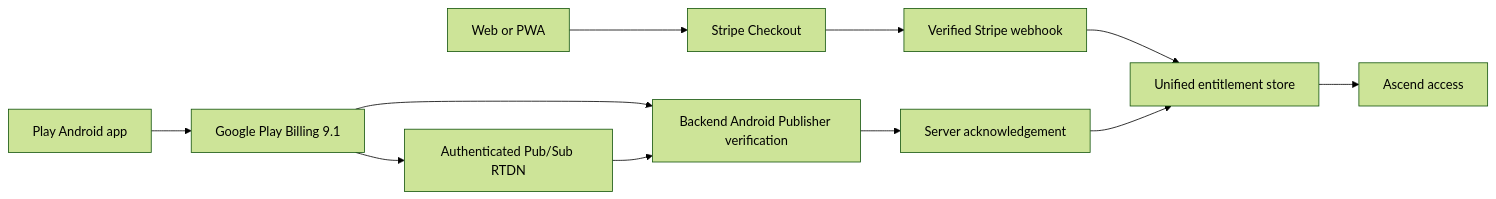
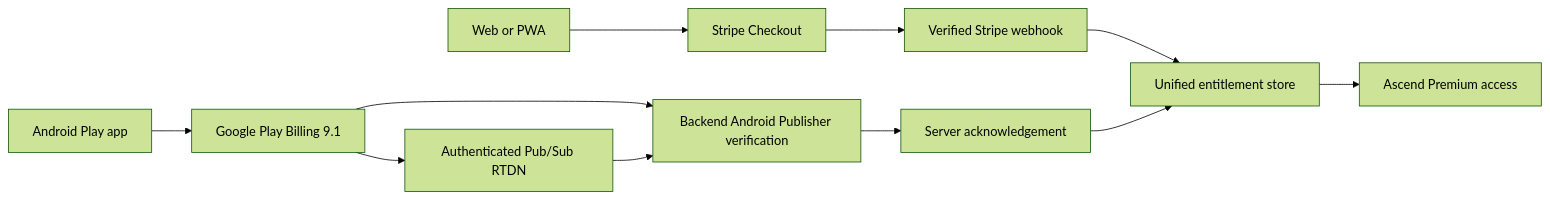
One commit to mdfarizanwar369/ascend changed the diagram in docs/GOOGLE_PLAY_BILLING_AND_STAGING_HANDOFF_2026-08-15.md. Above: the diagram before and after it, drawn with Mermaid (forest theme). The commit also changed other lines of this file and 1 other file, not shown here.

Commit message:
Complete isolated staging provider verification

````diff
--- a/docs/GOOGLE_PLAY_BILLING_AND_STAGING_HANDOFF_2026-08-15.md
+++ b/docs/GOOGLE_PLAY_BILLING_AND_STAGING_HANDOFF_2026-08-15.md
@@ -16,13 +27,13 @@
 ```mermaid
 flowchart LR
-  Web[Web or PWA] --> Stripe[Stripe Checkout]
-  Stripe --> StripeWebhook[Verified Stripe webhook]
-  Android[Play Android app] --> Play[Google Play Billing 9.1]
-  Play --> Verify[Backend Android Publisher verification]
-  Verify --> Ack[Server acknowledgement]
-  Play --> RTDN[Authenticated Pub/Sub RTDN]
+  Web["Web or PWA"] --> Stripe["Stripe Checkout"]
+  Stripe --> StripeWebhook["Verified Stripe webhook"]
+  Android["Android Play app"] --> Play["Google Play Billing 9.1"]
+  Play --> Verify["Backend Android Publisher verification"]
+  Verify --> Ack["Server acknowledgement"]
+  Play --> RTDN["Authenticated Pub/Sub RTDN"]
   RTDN --> Verify
-  StripeWebhook --> Entitlements[Unified entitlement store]
+  StripeWebhook --> Entitlements["Unified entitlement store"]
   Ack --> Entitlements
-  Entitlements --> Access[Ascend access]
+  Entitlements --> Access["Ascend Premium access"]
 ```
````
